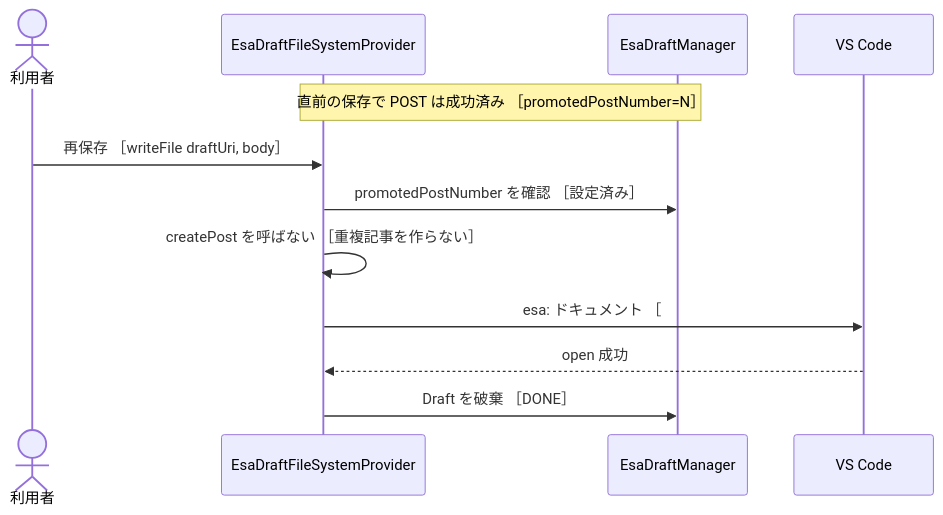
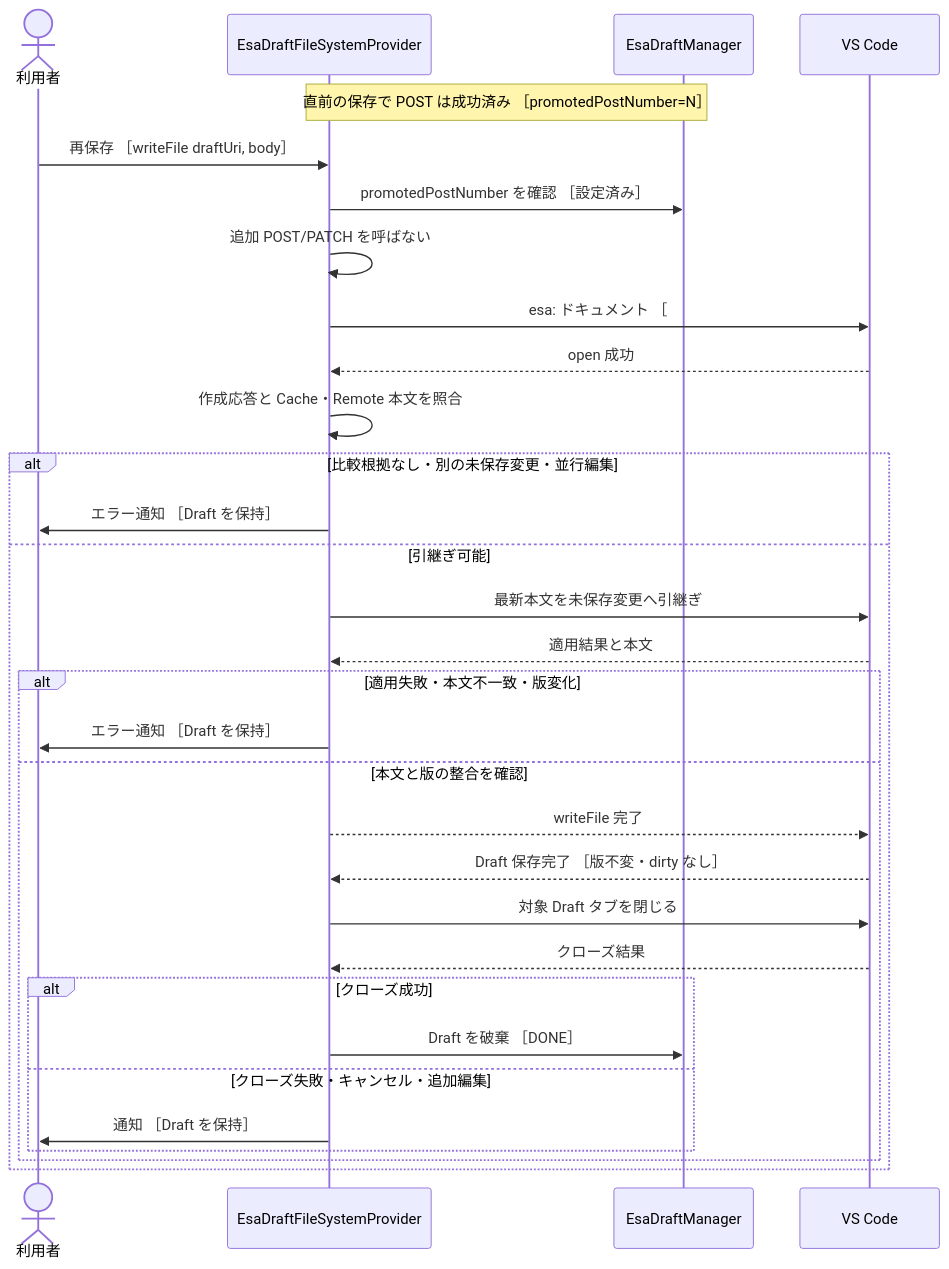
One commit to LevelCapCoJapanTools/vscode_esa_explorer changed the second of 8 diagrams in .github/copilot/plans/3-create-post.md. Above: the diagram before and after it, drawn with Mermaid. The commit also changed other lines of this file and 1 other file, not shown here.

````diff
--- a/.github/copilot/plans/3-create-post.md
+++ b/.github/copilot/plans/3-create-post.md
@@ -179,15 +186,34 @@
 ```mermaid
 sequenceDiagram
     actor User as 利用者
     participant DP as EsaDraftFileSystemProvider
     participant Mgr as EsaDraftManager
     participant VS as VS Code
 
     Note over DP,Mgr: 直前の保存で POST は成功済み ［promotedPostNumber=N］
     User->>DP: 再保存 ［writeFile draftUri, body］
     DP->>Mgr: promotedPostNumber を確認 ［設定済み］
-    DP->>DP: createPost を呼ばない ［重複記事を作らない］
+    DP->>DP: 追加 POST/PATCH を呼ばない
     DP->>VS: esa: ドキュメント ［#N］の open を再試行
     VS-->>DP: open 成功
-    DP->>Mgr: Draft を破棄 ［DONE］
+    DP->>DP: 作成応答と Cache・Remote 本文を照合
+    alt 比較根拠なし・別の未保存変更・並行編集
+        DP->>User: エラー通知 ［Draft を保持］
+    else 引継ぎ可能
+        DP->>VS: 最新本文を未保存変更へ引継ぎ
+        VS-->>DP: 適用結果と本文
+        alt 適用失敗・本文不一致・版変化
+            DP->>User: エラー通知 ［Draft を保持］
+        else 本文と版の整合を確認
+            DP-->>VS: writeFile 完了
+            VS-->>DP: Draft 保存完了 ［版不変・dirty なし］
+            DP->>VS: 対象 Draft タブを閉じる
+            VS-->>DP: クローズ結果
+            alt クローズ成功
+                DP->>Mgr: Draft を破棄 ［DONE］
+            else クローズ失敗・キャンセル・追加編集
+                DP->>User: 通知 ［Draft を保持］
+            end
+        end
+    end
 ```
````
